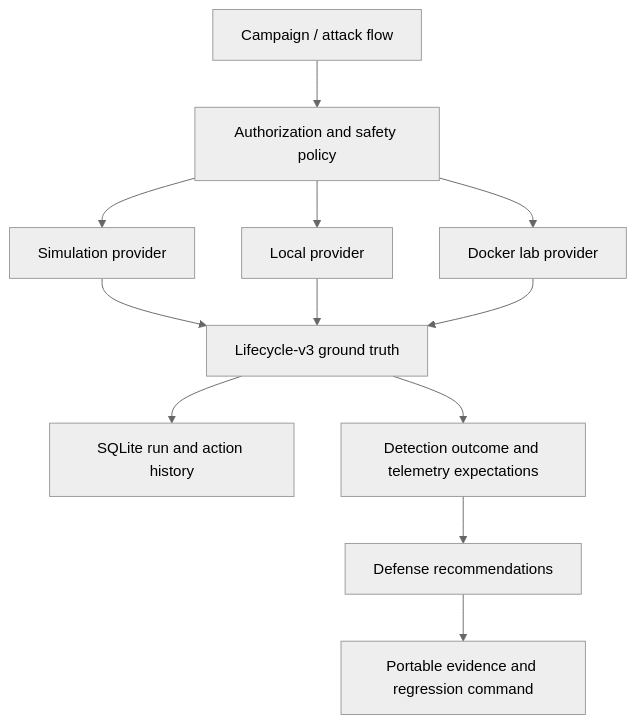
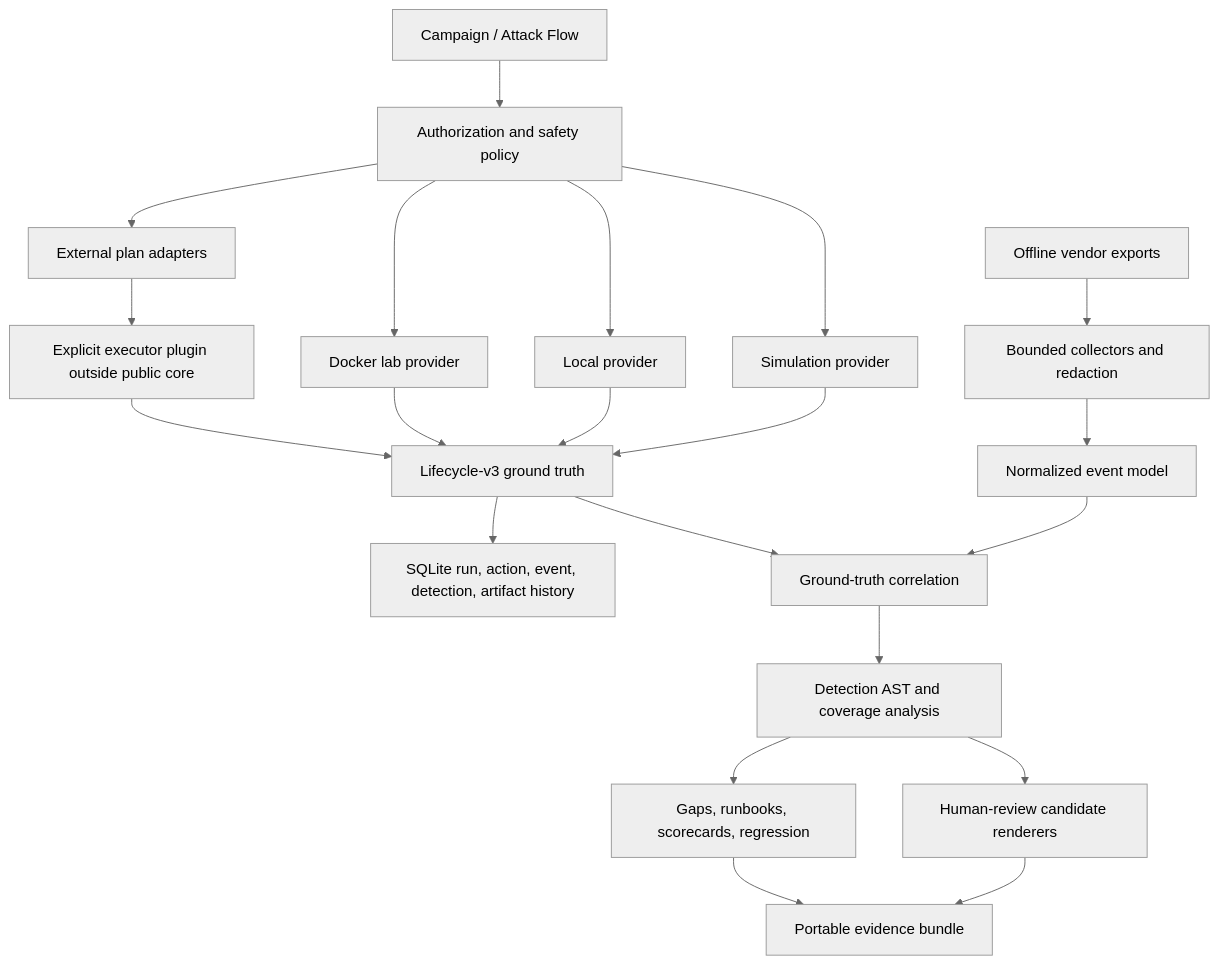
Before and after one commit to hellnbak/AgentSim: the diagram in ARCHITECTURE.md, drawn with Mermaid (neutral theme). The commit also changed other lines of this file and 70 other files, not shown here.

````diff
--- a/ARCHITECTURE.md
+++ b/ARCHITECTURE.md
@@ -7,14 +7,23 @@
 ```mermaid
 flowchart TD
-    Campaign["Campaign / attack flow"] --> Policy["Authorization and safety policy"]
+    Campaign["Campaign / Attack Flow"] --> Policy["Authorization and safety policy"]
     Policy --> Sim["Simulation provider"]
     Policy --> Local["Local provider"]
     Policy --> Docker["Docker lab provider"]
+    Policy --> Plan["External plan adapters"]
+    Plan --> Plugin["Explicit executor plugin outside public core"]
     Sim --> Timeline["Lifecycle-v3 ground truth"]
     Local --> Timeline
     Docker --> Timeline
-    Timeline --> History["SQLite run and action history"]
-    Timeline --> Detection["Detection outcome and telemetry expectations"]
-    Detection --> Defense["Defense recommendations"]
-    Defense --> Bundle["Portable evidence and regression command"]
+    Plugin --> Timeline
+    Timeline --> Store["SQLite run, action, event, detection, artifact history"]
+    Export["Offline vendor exports"] --> Collect["Bounded collectors and redaction"]
+    Collect --> Normalize["Normalized event model"]
+    Normalize --> Correlate["Ground-truth correlation"]
+    Timeline --> Correlate
+    Correlate --> Detect["Detection AST and coverage analysis"]
+    Detect --> Candidate["Human-review candidate renderers"]
+    Detect --> Defense["Gaps, runbooks, scorecards, regression"]
+    Candidate --> Bundle["Portable evidence bundle"]
+    Defense --> Bundle
 ```
````
